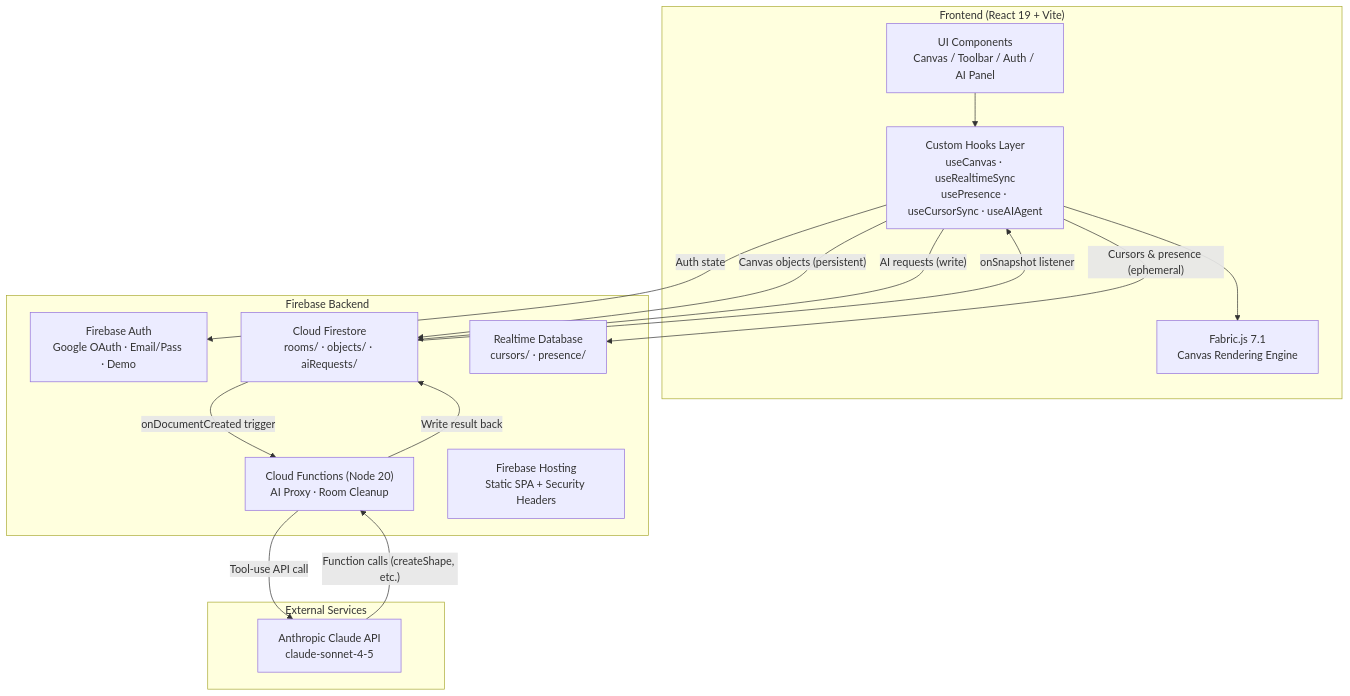
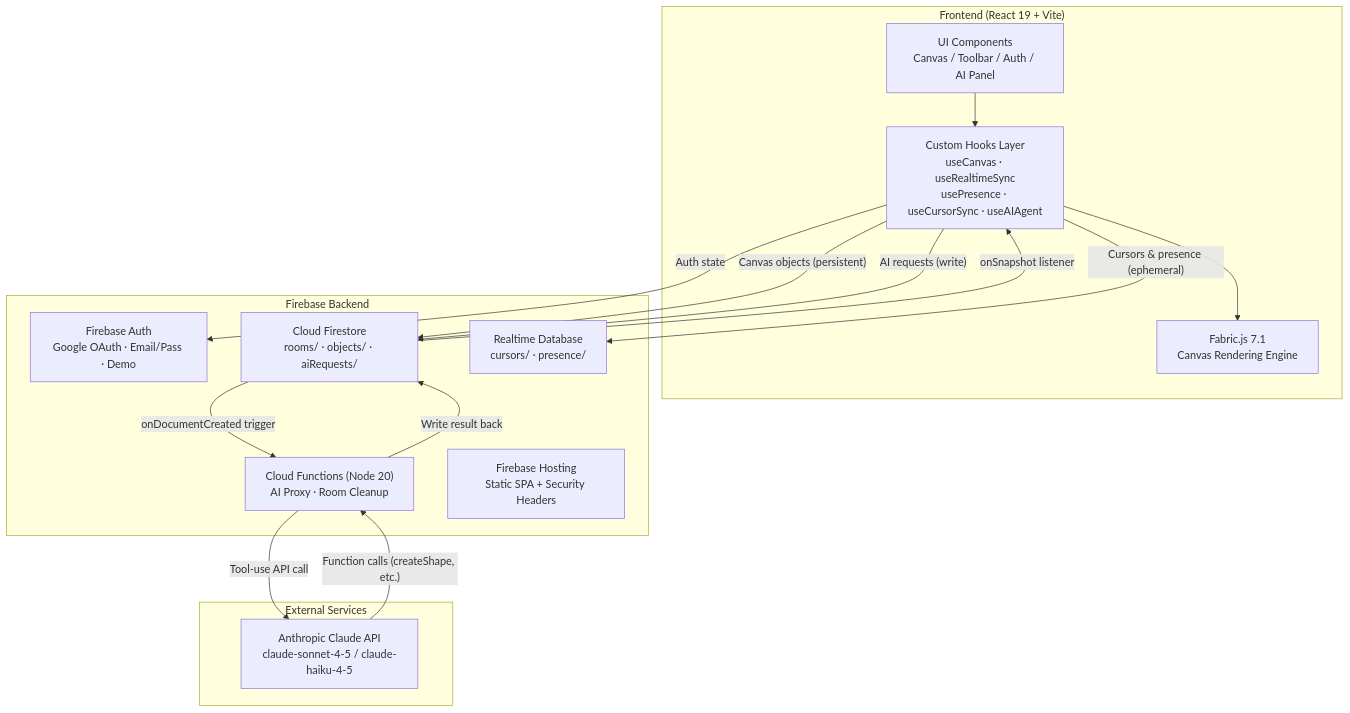
The first of 3 diagrams in ARCHITECTURE.md (quandole-oss/Week-1-Project-ColabCanvas), drawn with Mermaid before and after one commit. The commit also changed other lines of this file and 6 other files, not shown here.

````diff
--- a/ARCHITECTURE.md
+++ b/ARCHITECTURE.md
@@ -9,32 +11,32 @@
 ```mermaid
 flowchart TB
     subgraph Frontend["Frontend (React 19 + Vite)"]
         UI["UI Components<br/>Canvas / Toolbar / Auth / AI Panel"]
         Hooks["Custom Hooks Layer<br/>useCanvas · useRealtimeSync<br/>usePresence · useCursorSync · useAIAgent"]
         FabricJS["Fabric.js 7.1<br/>Canvas Rendering Engine"]
         UI --> Hooks
         Hooks --> FabricJS
     end
 
     subgraph Firebase["Firebase Backend"]
         Auth["Firebase Auth<br/>Google OAuth · Email/Pass · Demo"]
         Firestore["Cloud Firestore<br/>rooms/ · objects/ · aiRequests/"]
         RTDB["Realtime Database<br/>cursors/ · presence/"]
         Functions["Cloud Functions (Node 20)<br/>AI Proxy · Room Cleanup"]
         Hosting["Firebase Hosting<br/>Static SPA + Security Headers"]
     end
 
     subgraph External["External Services"]
-        Claude["Anthropic Claude API<br/>claude-sonnet-4-5"]
+        Claude["Anthropic Claude API<br/>claude-sonnet-4-5 / claude-haiku-4-5"]
     end
 
     Hooks -- "Auth state" --> Auth
     Hooks -- "Canvas objects (persistent)" --> Firestore
     Hooks -- "Cursors & presence (ephemeral)" --> RTDB
     Hooks -- "AI requests (write)" --> Firestore
     Firestore -- "onDocumentCreated trigger" --> Functions
     Functions -- "Tool-use API call" --> Claude
     Claude -- "Function calls (createShape, etc.)" --> Functions
     Functions -- "Write result back" --> Firestore
     Firestore -- "onSnapshot listener" --> Hooks
 ```
````
